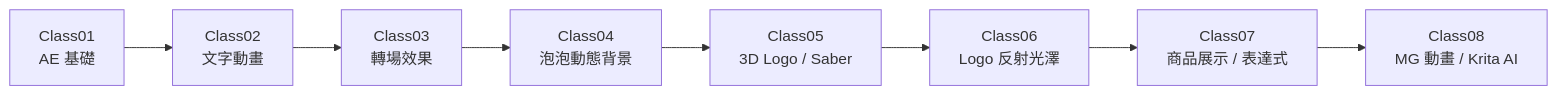
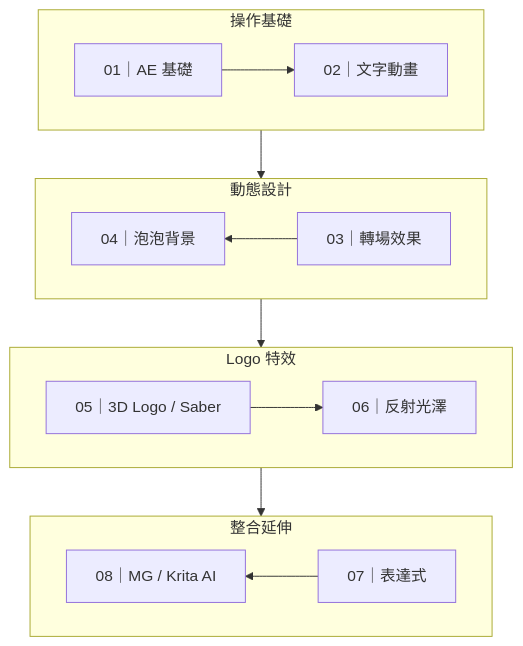
One commit to yd7148/8042-AE-AfterEffect-Visual-Effects-Animation-Course changed the diagram in README.md. Above: the diagram before and after it, drawn with Mermaid. The commit also changed other lines of this file and 3 other files, not shown here.

````diff
--- a/README.md
+++ b/README.md
@@ -27,10 +27,22 @@
 ```mermaid
-flowchart LR
-    C1[Class01<br/>AE 基礎] --> C2[Class02<br/>文字動畫]
-    C2 --> C3[Class03<br/>轉場效果]
-    C3 --> C4[Class04<br/>泡泡動態背景]
-    C4 --> C5[Class05<br/>3D Logo / Saber]
-    C5 --> C6[Class06<br/>Logo 反射光澤]
-    C6 --> C7[Class07<br/>商品展示 / 表達式]
-    C7 --> C8[Class08<br/>MG 動畫 / Krita AI]
+flowchart TB
+    subgraph FROW1[操作基礎]
+        direction LR
+        F1[01｜AE 基礎] --> F2[02｜文字動畫]
+    end
+    subgraph FROW2[動態設計]
+        direction RL
+        F3[03｜轉場效果] --> F4[04｜泡泡背景]
+    end
+    subgraph FROW3[Logo 特效]
+        direction LR
+        F5[05｜3D Logo / Saber] --> F6[06｜反射光澤]
+    end
+    subgraph FROW4[整合延伸]
+        direction RL
+        F7[07｜表達式] --> F8[08｜MG / Krita AI]
+    end
+    F2 --> F3
+    F4 --> F5
+    F6 --> F7
 ```
````
